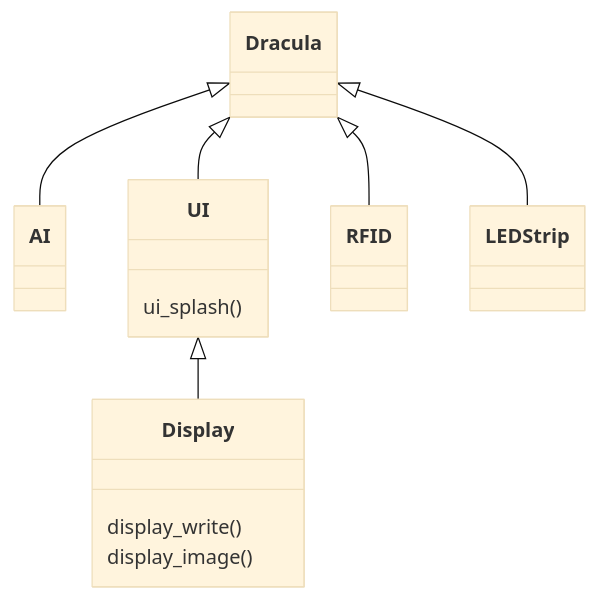
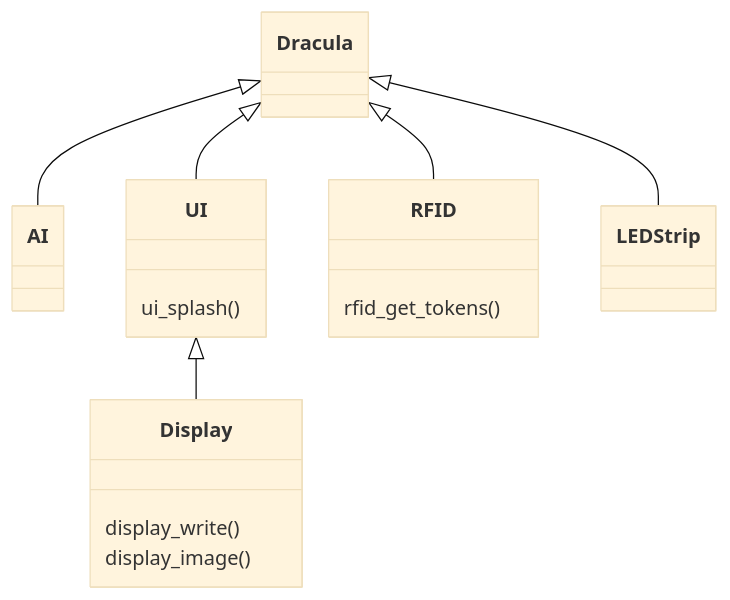
One commit to alegs-a/bears-ink changed the first of 2 diagrams in README.md. Above: the diagram before and after it, drawn with Mermaid (base theme). The commit also changed other lines of this file, not shown here.

Commit message:
doc: Update RFID info in README

````diff
--- a/README.md
+++ b/README.md
@@ -217,18 +217,21 @@
 ```mermaid
 ---
 Component Architecture:
 ---
 classDiagram
   Dracula <|-- AI
   Dracula <|-- UI
   UI <|-- Display
   Dracula <|-- RFID
   Dracula <|-- LEDStrip
   class UI {
     ui_splash()
   }
   class Display {
     display_write()
     display_image()
   }
+  class RFID {
+    rfid_get_tokens()
+  }
 ```
````
